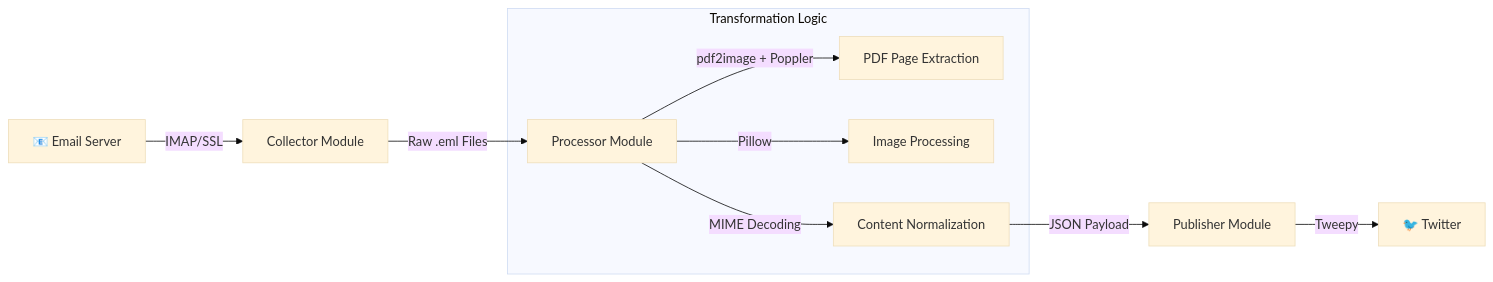
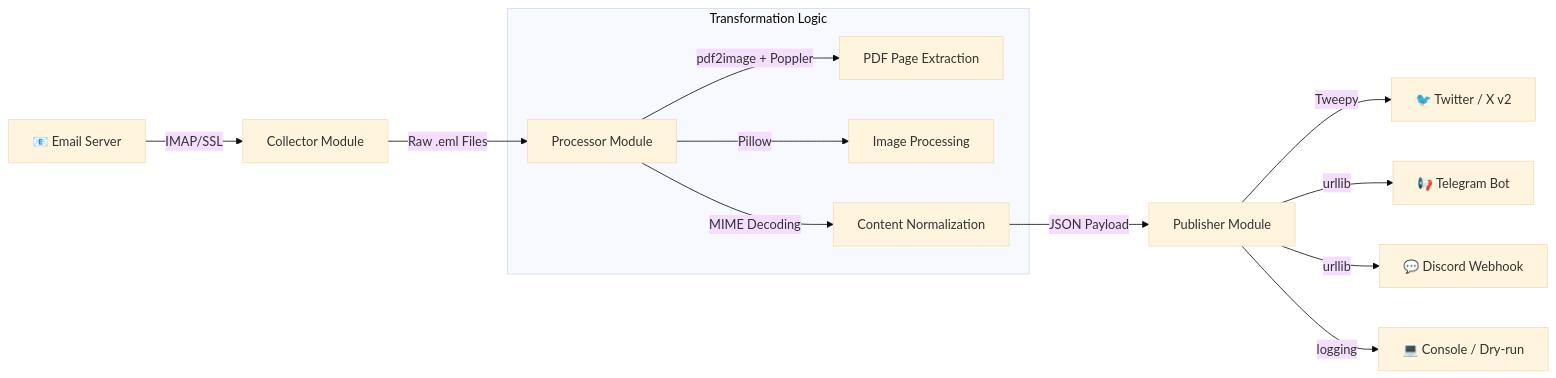
The diagram in README.md (isikmuhamm/automated-content-aggregator), drawn with Mermaid (base theme) before and after one commit. The commit also changed other lines of this file and 6 other files, not shown here.

````diff
--- a/README.md
+++ b/README.md
@@ -37,14 +39,17 @@
 ```mermaid
 graph LR
     Source[📧 Email Server] -->|IMAP/SSL| Collector[Collector Module]
     Collector -->|Raw .eml Files| Processor[Processor Module]
 
     subgraph Transformation Logic
         Processor -->|pdf2image + Poppler| PDF[PDF Page Extraction]
         Processor -->|Pillow| IMG[Image Processing]
         Processor -->|MIME Decoding| Clean[Content Normalization]
     end
 
     Clean -->|JSON Payload| Publisher[Publisher Module]
-    Publisher -->|Tweepy| Twitter[🐦 Twitter]
+    Publisher -->|Tweepy| Twitter[🐦 Twitter / X v2]
+    Publisher -->|urllib| Telegram[📢 Telegram Bot]
+    Publisher -->|urllib| Discord[💬 Discord Webhook]
+    Publisher -->|logging| Console[💻 Console / Dry-run]
 ```
````
